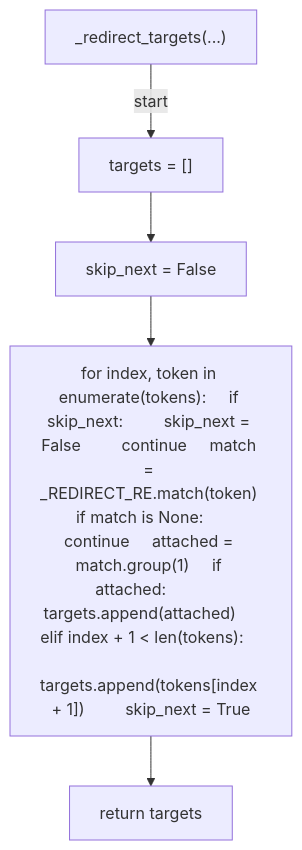
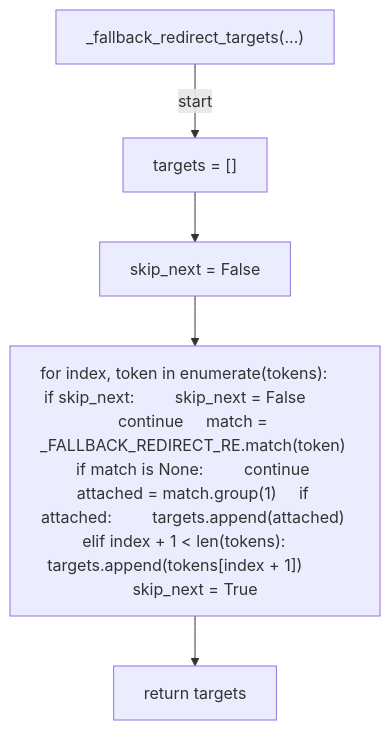
The tenth of 28 diagrams in docs/generated/scripts/ast/gate_agents_skills_edit.md (tvna/claude-md), drawn with Mermaid before and after one commit. The commit also changed other lines of this file and 2 other files, not shown here.

First line of the commit message:
docs(generated): regenerate decision tree and workflow diagrams

````diff
--- a/docs/generated/scripts/ast/gate_agents_skills_edit.md
+++ b/docs/generated/scripts/ast/gate_agents_skills_edit.md
@@ -108,12 +134,12 @@
 ```mermaid
 flowchart TD
-    N001["_redirect_targets(...)"]
+    N001["_fallback_redirect_targets(...)"]
     N002["targets = []"]
     N003["skip_next = False"]
-    N004["for index, token in enumerate(tokens):     if skip_next:         skip_next = False         continue     match = _REDIRECT_RE.match(token)     if match is None:         continue     attached = match.group(1)     if attached:         targets.append(attached)     elif index + 1 < len(tokens):         targets.append(tokens[index + 1])         skip_next = True"]
+    N004["for index, token in enumerate(tokens):     if skip_next:         skip_next = False         continue     match = _FALLBACK_REDIRECT_RE.match(token)     if match is None:         continue     attached = match.group(1)     if attached:         targets.append(attached)     elif index + 1 < len(tokens):         targets.append(tokens[index + 1])         skip_next = True"]
     N005["return targets"]
     N001 -->|"start"| N002
     N002 --> N003
     N003 --> N004
     N004 --> N005
 ```
````
